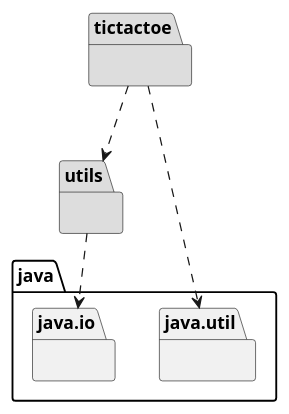
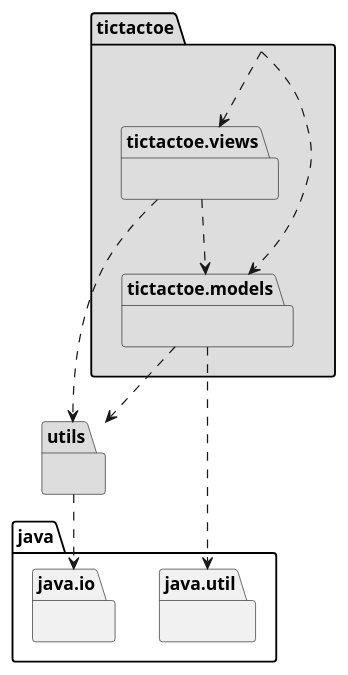
One commit to x-USantaTecla-game-ticTacToe/java changed the first of 5 diagrams in docs/src/docs/asciidoc/index.adoc. Above: the diagram before and after it, drawn with PlantUML. The commit also changed other lines of this file and 20 other files, not shown here.

```diff
--- a/docs/src/docs/asciidoc/index.adoc
+++ b/docs/src/docs/asciidoc/index.adoc
@@ -34,13 +34,19 @@
-[plantuml,version1Arquitectura,svg]
+[plantuml,version2Arquitectura,svg]
 ....
 
-package tictactoe #DDDDDD { } 
+package tictactoe #DDDDDD { }
+package tictactoe.models #DDDDDD { }
+package tictactoe.views #DDDDDD { } 
 package java.util{ }
-tictactoe .down.> java.util
-tictactoe .down.> utils
+tictactoe .down.> tictactoe.models
+tictactoe .down.> tictactoe.views
+tictactoe.models .down.> java.util
+tictactoe.models .down.> utils
+tictactoe.views .down.> utils
+tictactoe.views .down.> tictactoe.models
 
 package utils #DDDDDD { } 
 package java.io{ }
 utils .down.> java.io
 
 ....
```
